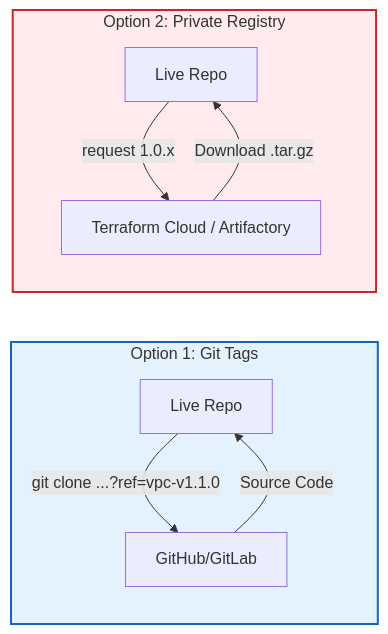
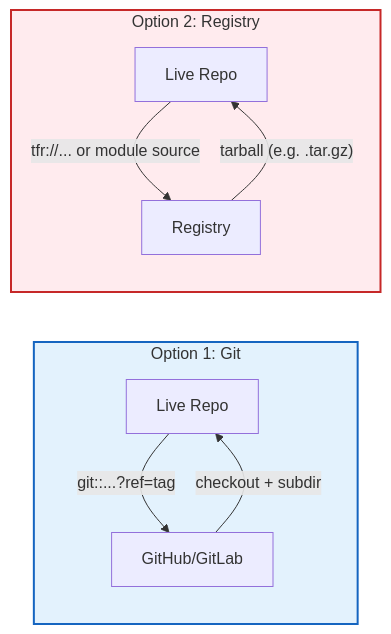
One commit to salsiy/bohobot changed the diagram in content/posts/tech-logs/part-4-git-tags-vs-registry.md. Above: the diagram before and after it, drawn with Mermaid. The commit also changed other lines of this file, not shown here.

Commit message:
docs: refine part 4 git vs registry post

```diff
--- a/content/posts/tech-logs/part-4-git-tags-vs-registry.md
+++ b/content/posts/tech-logs/part-4-git-tags-vs-registry.md
@@ -20,17 +23,17 @@
 {{< mermaid >}}
 flowchart LR
-    subgraph Option1 ["Option 1: Git Tags"]
+    subgraph Option1 ["Option 1: Git"]
         direction TB
-        Live1["Live Repo"] -->|"git clone ...?ref=vpc-v1.1.0"| Git["GitHub/GitLab"]
-        Git -->|"Source Code"| Live1
+        Live1["Live Repo"] -->|"git::...?ref=tag"| Git["GitHub/GitLab"]
+        Git -->|"checkout + subdir"| Live1
     end
 
-    subgraph Option2 ["Option 2: Private Registry"]
+    subgraph Option2 ["Option 2: Registry"]
         direction TB
-        Live2["Live Repo"] -->|"request 1.0.x"| Reg["Terraform Cloud / Artifactory"]
-        Reg -->|"Download .tar.gz"| Live2
+        Live2["Live Repo"] -->|"tfr://... or module source"| Reg["Registry"]
+        Reg -->|"tarball (e.g. .tar.gz)"| Live2
     end
-    
+
     style Option1 fill:#e3f2fd,stroke:#1565c0,stroke-width:2px
     style Option2 fill:#ffebee,stroke:#c62828,stroke-width:2px
 {{< /mermaid >}}
```
